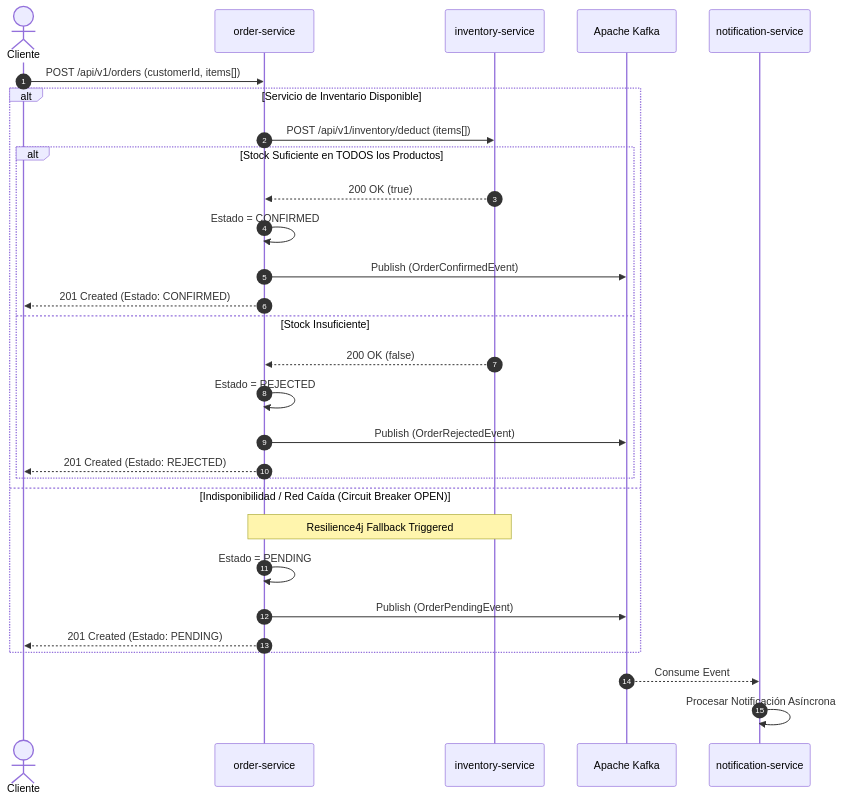
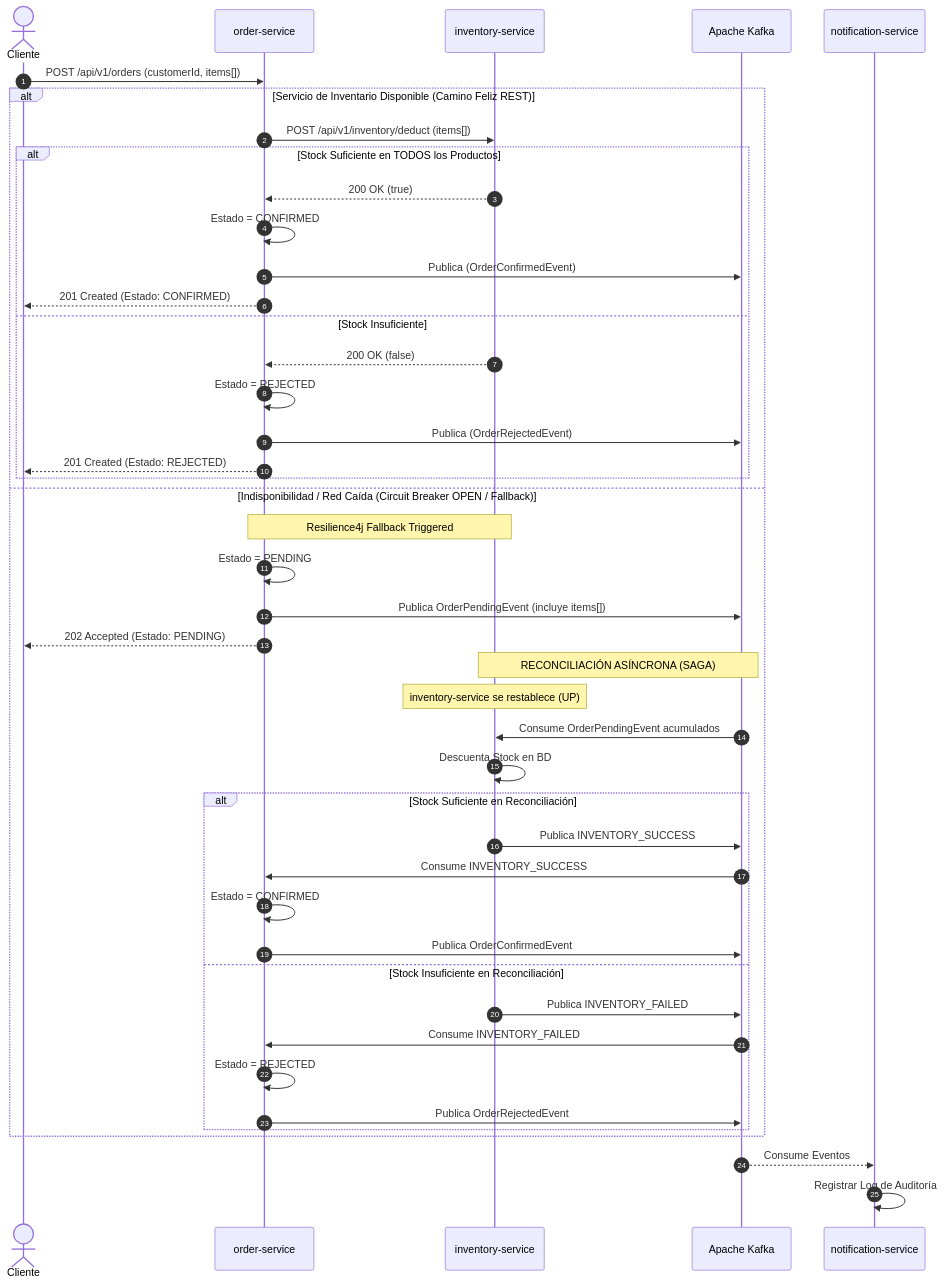
The second of 5 diagrams in architecture.md (soniaGarcia/orderinvent-platform), drawn with Mermaid before and after one commit. The commit also changed other lines of this file, not shown here.

````diff
--- a/architecture.md
+++ b/architecture.md
@@ -53,34 +56,50 @@
 ```mermaid
 sequenceDiagram
     autonumber
     actor Cliente
     participant Order as order-service
     participant Inv as inventory-service
     participant Kafka as Apache Kafka
     participant Notif as notification-service
 
     Cliente->>Order: POST /api/v1/orders (customerId, items[])
     
-    alt Servicio de Inventario Disponible
+    alt Servicio de Inventario Disponible (Camino Feliz REST)
         Order->>Inv: POST /api/v1/inventory/deduct (items[])
         alt Stock Suficiente en TODOS los Productos
             Inv-->>Order: 200 OK (true)
             Order->>Order: Estado = CONFIRMED
-            Order->>Kafka: Publish (OrderConfirmedEvent)
+            Order->>Kafka: Publica (OrderConfirmedEvent)
             Order-->>Cliente: 201 Created (Estado: CONFIRMED)
         else Stock Insuficiente
             Inv-->>Order: 200 OK (false)
             Order->>Order: Estado = REJECTED
-            Order->>Kafka: Publish (OrderRejectedEvent)
+            Order->>Kafka: Publica (OrderRejectedEvent)
             Order-->>Cliente: 201 Created (Estado: REJECTED)
         end
-    else Indisponibilidad / Red Caída (Circuit Breaker OPEN)
+    else Indisponibilidad / Red Caída (Circuit Breaker OPEN / Fallback)
         Note over Order,Inv: Resilience4j Fallback Triggered
         Order->>Order: Estado = PENDING
-        Order->>Kafka: Publish (OrderPendingEvent)
-        Order-->>Cliente: 201 Created (Estado: PENDING)
+        Order->>Kafka: Publica OrderPendingEvent (incluye items[])
+        Order-->>Cliente: 202 Accepted (Estado: PENDING)
+        
+        Note over Inv,Kafka: RECONCILIACIÓN ASÍNCRONA (SAGA)
+        Note over Inv: inventory-service se restablece (UP)
+        Kafka->>Inv: Consume OrderPendingEvent acumulados
+        Inv->>Inv: Descuenta Stock en BD
+        alt Stock Suficiente en Reconciliación
+            Inv->>Kafka: Publica INVENTORY_SUCCESS
+            Kafka->>Order: Consume INVENTORY_SUCCESS
+            Order->>Order: Estado = CONFIRMED
+            Order->>Kafka: Publica OrderConfirmedEvent
+        else Stock Insuficiente en Reconciliación
+            Inv->>Kafka: Publica INVENTORY_FAILED
+            Kafka->>Order: Consume INVENTORY_FAILED
+            Order->>Order: Estado = REJECTED
+            Order->>Kafka: Publica OrderRejectedEvent
+        end
     end
 
-    Kafka-->>Notif: Consume Event
-    Notif->>Notif: Procesar Notificación Asíncrona
+    Kafka-->>Notif: Consume Eventos
+    Notif->>Notif: Registrar Log de Auditoría
 ```
````
